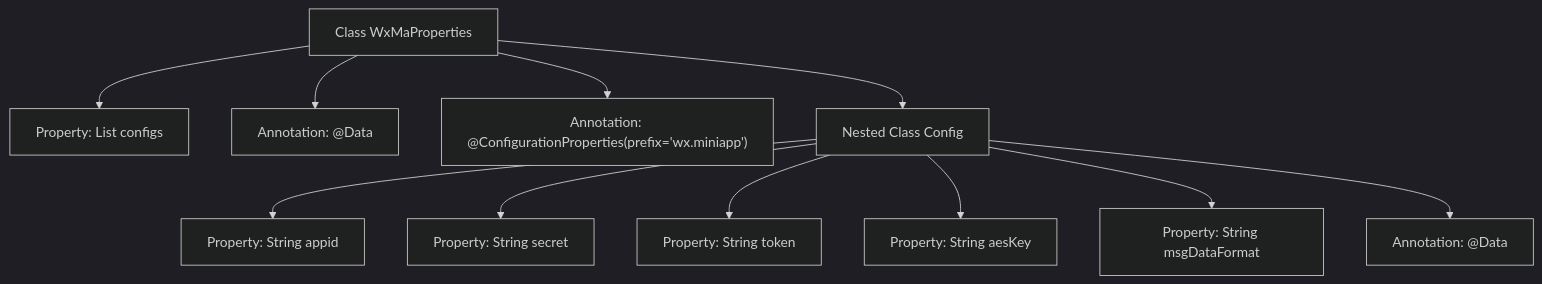
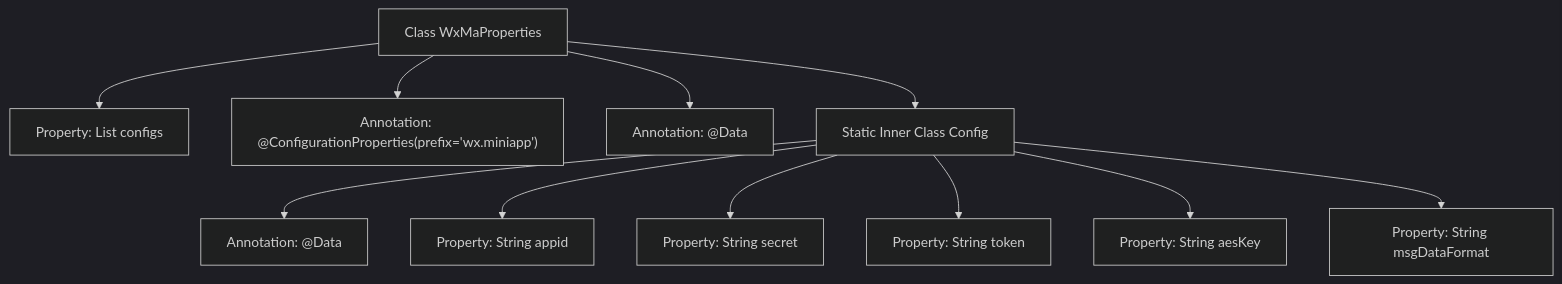
Before and after one commit to v-wjrong/rongwj666_weixin-java-miniapp-demo: the second of 2 diagrams in docs/en/docs/src/main/java/com/github/binarywang/demo/wx/miniapp/config/WxMaProperties.md, drawn with Mermaid (dark theme). The commit also changed other lines of this file and 46 other files, not shown here.

````diff
--- a/docs/en/docs/src/main/java/com/github/binarywang/demo/wx/miniapp/config/WxMaProperties.md
+++ b/docs/en/docs/src/main/java/com/github/binarywang/demo/wx/miniapp/config/WxMaProperties.md
@@ -70,25 +70,25 @@
 ```mermaid
 graph TD
     A["Class WxMaProperties"]
     B["Property: List<Config> configs"]
-    C["Annotation: @Data"]
-    D["Annotation: @ConfigurationProperties(prefix='wx.miniapp')"]
-    E["Nested Class Config"]
+    C["Annotation: @ConfigurationProperties(prefix='wx.miniapp')"]
+    D["Annotation: @Data"]
+    E["Static Inner Class Config"]
     F["Property: String appid"]
     G["Property: String secret"]
     H["Property: String token"]
     I["Property: String aesKey"]
     J["Property: String msgDataFormat"]
     K["Annotation: @Data"]
 
+    A --> D
+    A --> C
     A --> B
-    A --> C
-    A --> D
     A --> E
+    E --> K
     E --> F
     E --> G
     E --> H
     E --> I
     E --> J
-    E --> K
 ```
````
